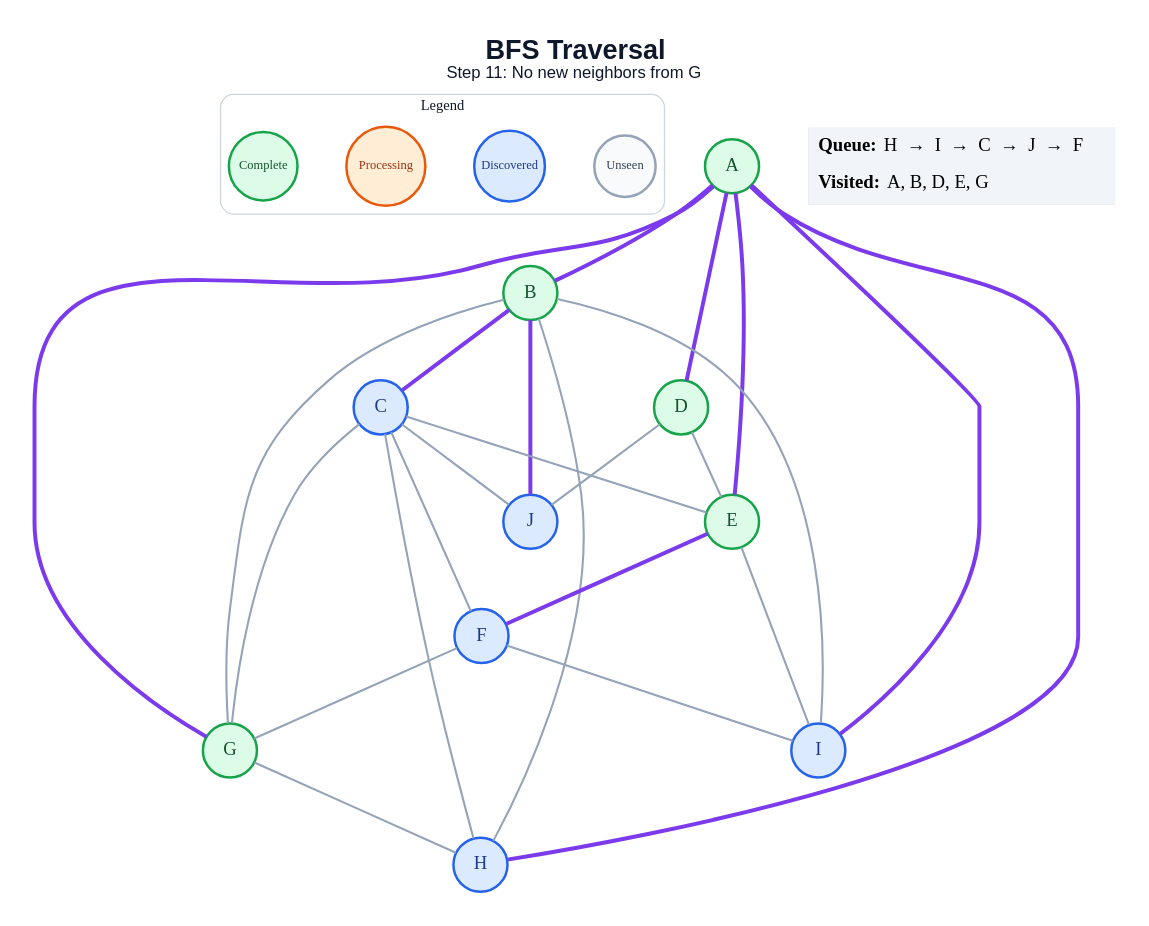
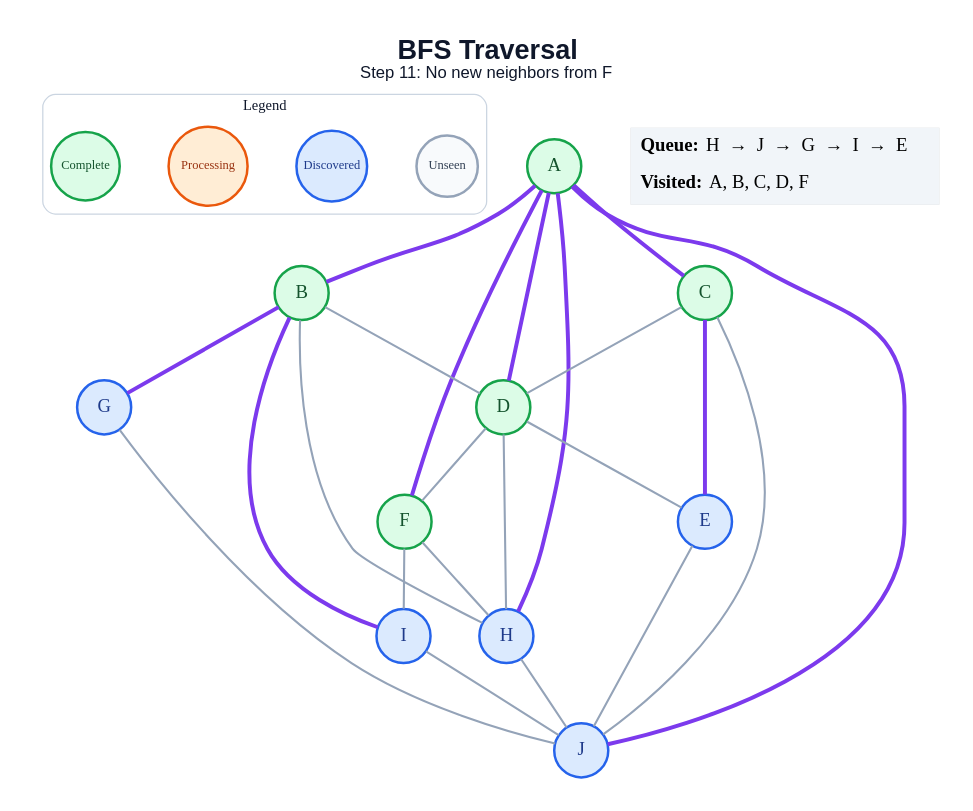
The diagram in generated/bfs/step_11.dot (amanghodawala9/ai-slop), drawn with Graphviz before and after one commit. The commit also changed 178 other files, not shown here.

```diff
--- a/generated/bfs/step_11.dot
+++ b/generated/bfs/step_11.dot
@@ -1,52 +1,51 @@
 graph traversal {
   graph [layout=dot, rankdir=TB, bgcolor="#FFFFFF", pad="0.35", nodesep="0.65", ranksep="0.8", fontname="Arial"];
   node [shape=circle, style="filled", fontname="Arial Bold", fontsize=18, width=0.72, fixedsize=true, penwidth=2.4];
   edge [color="#94A3B8", penwidth=2.0];
-  label=<<B>BFS Traversal</B><BR/><FONT POINT-SIZE="16">Step 11: No new neighbors from G</FONT>>; labelloc="t"; fontsize=26; fontname="Arial"; fontcolor="#0F172A";
+  label=<<B>BFS Traversal</B><BR/><FONT POINT-SIZE="16">Step 11: No new neighbors from F</FONT>>; labelloc="t"; fontsize=26; fontname="Arial"; fontcolor="#0F172A";
   subgraph cluster_legend { label="Legend"; color="#CBD5E1"; penwidth=1.2; style="rounded"; fontsize=14; fontname="Arial Bold";
     key_unseen [label="Unseen", fillcolor="#F8FAFC", color="#94A3B8", fontcolor="#334155", fontsize=12, width=0.82];
     key_frontier [label="Discovered", fillcolor="#DBEAFE", color="#2563EB", fontcolor="#1E3A8A", fontsize=12, width=0.95];
     key_current [label="Processing", fillcolor="#FFEDD5", color="#EA580C", fontcolor="#9A3412", fontsize=12, width=1.05];
     key_done [label="Complete", fillcolor="#DCFCE7", color="#16A34A", fontcolor="#14532D", fontsize=12, width=0.92];
     { rank=same; key_unseen; key_frontier; key_current; key_done; }
   }
   A [fillcolor="#DCFCE7", color="#16A34A", fontcolor="#14532D"];
   B [fillcolor="#DCFCE7", color="#16A34A", fontcolor="#14532D"];
-  C [fillcolor="#DBEAFE", color="#2563EB", fontcolor="#1E3A8A"];
+  C [fillcolor="#DCFCE7", color="#16A34A", fontcolor="#14532D"];
   D [fillcolor="#DCFCE7", color="#16A34A", fontcolor="#14532D"];
-  E [fillcolor="#DCFCE7", color="#16A34A", fontcolor="#14532D"];
-  F [fillcolor="#DBEAFE", color="#2563EB", fontcolor="#1E3A8A"];
-  G [fillcolor="#DCFCE7", color="#16A34A", fontcolor="#14532D"];
+  E [fillcolor="#DBEAFE", color="#2563EB", fontcolor="#1E3A8A"];
+  F [fillcolor="#DCFCE7", color="#16A34A", fontcolor="#14532D"];
+  G [fillcolor="#DBEAFE", color="#2563EB", fontcolor="#1E3A8A"];
   H [fillcolor="#DBEAFE", color="#2563EB", fontcolor="#1E3A8A"];
   I [fillcolor="#DBEAFE", color="#2563EB", fontcolor="#1E3A8A"];
   J [fillcolor="#DBEAFE", color="#2563EB", fontcolor="#1E3A8A"];
   A -- B [color="#7C3AED", penwidth=3.8];
+  A -- C [color="#7C3AED", penwidth=3.8];
   A -- D [color="#7C3AED", penwidth=3.8];
-  A -- E [color="#7C3AED", penwidth=3.8];
-  A -- G [color="#7C3AED", penwidth=3.8];
+  A -- F [color="#7C3AED", penwidth=3.8];
   A -- H [color="#7C3AED", penwidth=3.8];
-  A -- I [color="#7C3AED", penwidth=3.8];
-  B -- C [color="#7C3AED", penwidth=3.8];
-  B -- G;
+  A -- J [color="#7C3AED", penwidth=3.8];
+  B -- D;
+  B -- G [color="#7C3AED", penwidth=3.8];
   B -- H;
-  B -- I;
-  B -- J [color="#7C3AED", penwidth=3.8];
-  C -- E;
-  C -- F;
-  C -- G;
-  C -- H;
+  B -- I [color="#7C3AED", penwidth=3.8];
+  C -- D;
+  C -- E [color="#7C3AED", penwidth=3.8];
   C -- J;
   D -- E;
-  D -- J;
-  E -- F [color="#7C3AED", penwidth=3.8];
-  E -- I;
-  F -- G;
+  D -- F;
+  D -- H;
+  E -- J;
+  F -- H;
   F -- I;
-  G -- H;
+  G -- J;
+  H -- J;
+  I -- J;
   status [shape=plain, fixedsize=false, width=0, height=0, margin=0, label=<
     <TABLE BORDER="0" CELLBORDER="0" CELLPADDING="7" BGCOLOR="#F1F5F9">
-      <TR><TD ALIGN="LEFT"><B>Queue:</B> H  →  I  →  C  →  J  →  F</TD></TR>
-      <TR><TD ALIGN="LEFT"><B>Visited:</B> A, B, D, E, G</TD></TR>
+      <TR><TD ALIGN="LEFT"><B>Queue:</B> H  →  J  →  G  →  I  →  E</TD></TR>
+      <TR><TD ALIGN="LEFT"><B>Visited:</B> A, B, C, D, F</TD></TR>
     </TABLE>
   >];
 }
```
